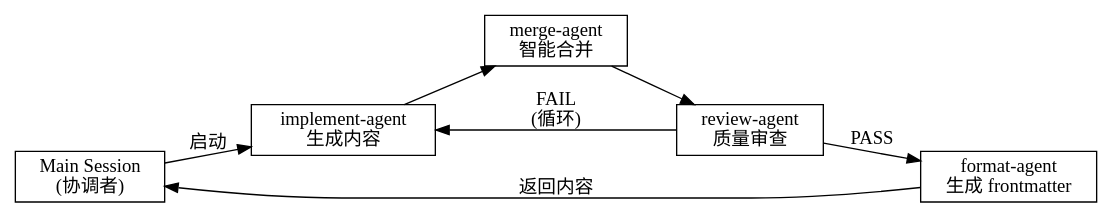
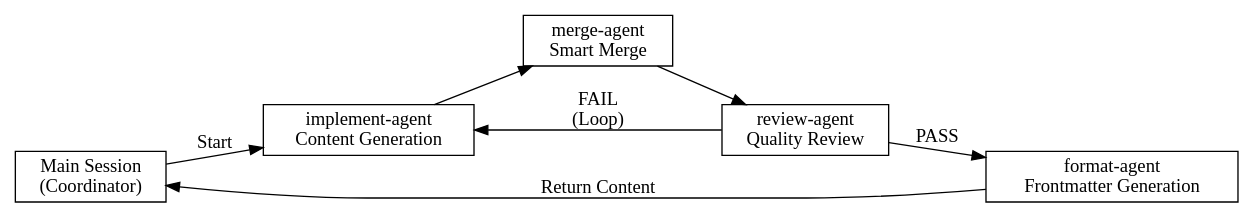
Before and after one commit to SGJki/Blog-Update-Skill: the diagram in skill.md, drawn with Graphviz. The commit also changed other lines of this file and 6 other files, not shown here.

````diff
--- a/skill.md
+++ b/skill.md
@@ -27,19 +27,19 @@
 ```dot
 digraph blog_update {
     rankdir=LR;
     node [shape=box];
 
-    main [label="Main Session\n(协调者)"];
-    implement [label="implement-agent\n生成内容"];
-    merge [label="merge-agent\n智能合并"];
-    review [label="review-agent\n质量审查"];
-    format [label="format-agent\n生成 frontmatter"];
+    main [label="Main Session\n(Coordinator)"];
+    implement [label="implement-agent\nContent Generation"];
+    merge [label="merge-agent\nSmart Merge"];
+    review [label="review-agent\nQuality Review"];
+    format [label="format-agent\nFrontmatter Generation"];
 
-    main -> implement [label="启动"];
+    main -> implement [label="Start"];
     implement -> merge;
     merge -> review;
     review -> format [label="PASS"];
-    review -> implement [label="FAIL\n(循环)"];
-    format -> main [label="返回内容"];
+    review -> implement [label="FAIL\n(Loop)"];
+    format -> main [label="Return Content"];
 }
 ```
````
